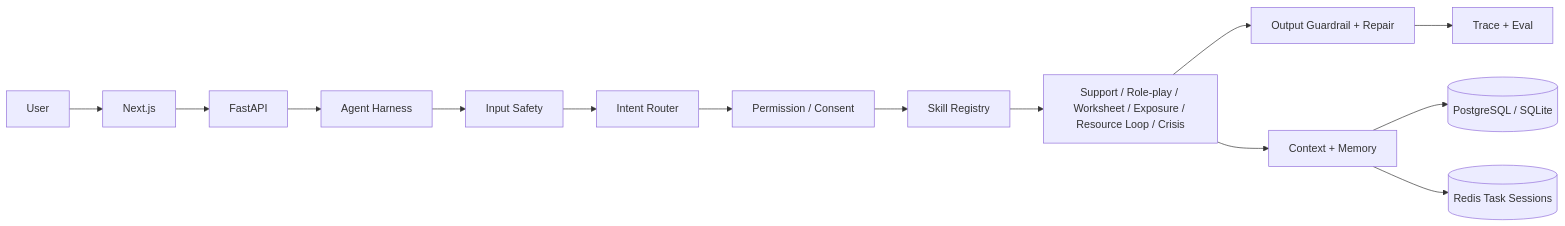
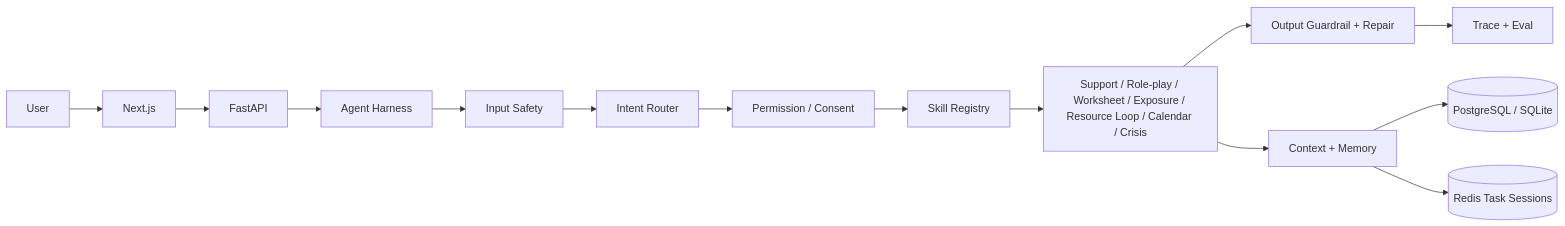
Before and after one commit to mortis-wakaba/socialease-agent: the diagram in README.md, drawn with Mermaid. The commit also changed other lines of this file and 12 other files, not shown here.

Commit message:
docs: align architecture and production readiness

````diff
--- a/README.md
+++ b/README.md
@@ -9,16 +9,16 @@
 ```mermaid
 flowchart LR
     U[User] --> FE[Next.js]
     FE --> API[FastAPI]
     API --> H[Agent Harness]
     H --> S[Input Safety]
     S --> R[Intent Router]
     R --> P[Permission / Consent]
     P --> K[Skill Registry]
-    K --> A[Support / Role-play / Worksheet / Exposure / Resource Loop / Crisis]
+    K --> A[Support / Role-play / Worksheet / Exposure / Resource Loop / Calendar / Crisis]
     A --> O[Output Guardrail + Repair]
     A --> M[Context + Memory]
     O --> T[Trace + Eval]
     M --> DB[(PostgreSQL / SQLite)]
     M --> Redis[(Redis Task Sessions)]
 ```
````
